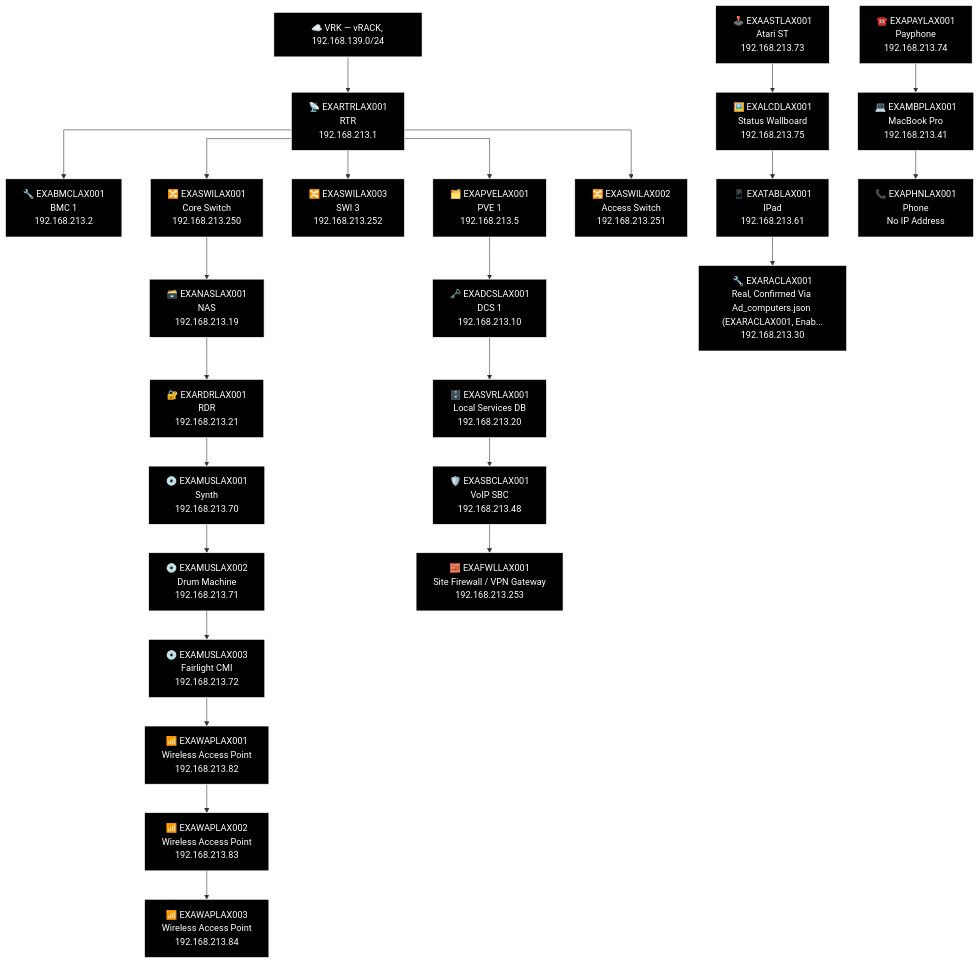
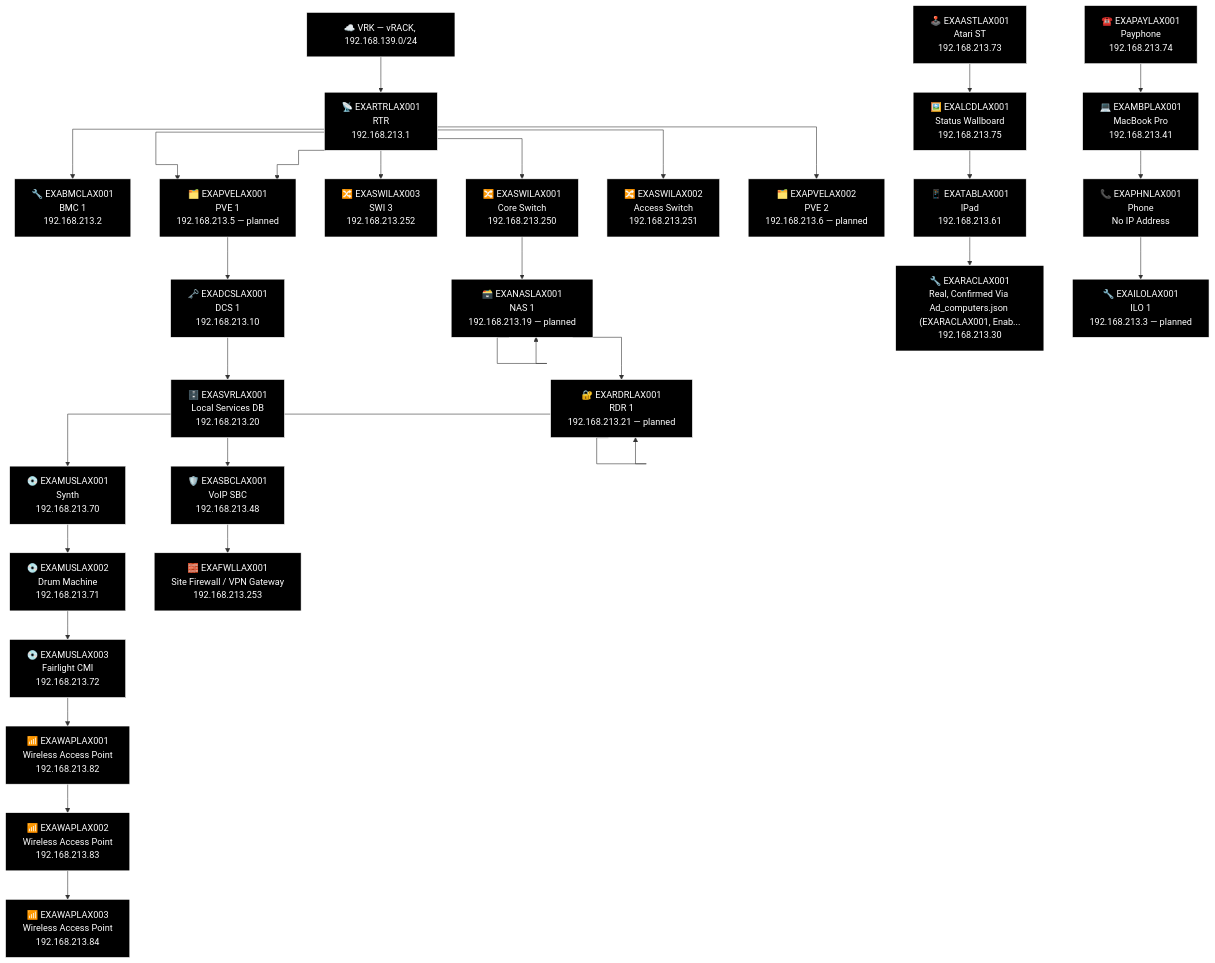
The third of 21 diagrams in docs/network-diagram/united-states.md (knightmare2600/example_music_infra), drawn with Mermaid before and after one commit. The commit also changed other lines of this file and 12 other files, not shown here.

````diff
--- a/docs/network-diagram/united-states.md
+++ b/docs/network-diagram/united-states.md
@@ -128,68 +128,80 @@
 ```mermaid
 %% GENERATED:TOPOLOGY:LAX:START
 %%{init: {'flowchart': {'curve': 'stepAfter'}}}%%
 graph TD
     T_VRK["☁️ VRK — vRACK, 192.168.139.0/24"]
     T_RTR["📡 EXARTRLAX001<br/>RTR<br/>192.168.213.1"]
     T_VRK --> T_RTR
     T_BMC["🔧 EXABMCLAX001<br/>BMC 1<br/>192.168.213.2"]
     T_RTR --> T_BMC
     T_PVE["🗂️ EXAPVELAX001<br/>PVE 1<br/>192.168.213.5"]
     T_RTR --> T_PVE
     T_SWI["🔀 EXASWILAX003<br/>SWI 3<br/>192.168.213.252"]
     T_RTR --> T_SWI
     T_SWI2["🔀 EXASWILAX001<br/>Core Switch<br/>192.168.213.250"]
     T_RTR --> T_SWI2
     T_SWI3["🔀 EXASWILAX002<br/>Access Switch<br/>192.168.213.251"]
     T_RTR --> T_SWI3
+    T_PVE["🗂️ EXAPVELAX001<br/>PVE 1<br/>192.168.213.5 — planned"]
+    T_RTR --> T_PVE
+    T_PVE2["🗂️ EXAPVELAX002<br/>PVE 2<br/>192.168.213.6 — planned"]
+    T_RTR --> T_PVE2
     T_NAS["🗃️ EXANASLAX001<br/>NAS<br/>192.168.213.19"]
+    T_NAS["🗃️ EXANASLAX001<br/>NAS 1<br/>192.168.213.19 — planned"]
     T_RDR["🔐 EXARDRLAX001<br/>RDR<br/>192.168.213.21"]
+    T_RDR["🔐 EXARDRLAX001<br/>RDR 1<br/>192.168.213.21 — planned"]
     T_MUS["💿 EXAMUSLAX001<br/>Synth<br/>192.168.213.70"]
     T_MUS2["💿 EXAMUSLAX002<br/>Drum Machine<br/>192.168.213.71"]
     T_MUS3["💿 EXAMUSLAX003<br/>Fairlight CMI<br/>192.168.213.72"]
     T_WAP["📶 EXAWAPLAX001<br/>Wireless Access Point<br/>192.168.213.82"]
     T_WAP2["📶 EXAWAPLAX002<br/>Wireless Access Point<br/>192.168.213.83"]
     T_WAP3["📶 EXAWAPLAX003<br/>Wireless Access Point<br/>192.168.213.84"]
-    T_SWI2 --> T_NAS --> T_RDR --> T_MUS --> T_MUS2 --> T_MUS3 --> T_WAP --> T_WAP2 --> T_WAP3
+    T_SWI2 --> T_NAS --> T_NAS --> T_RDR --> T_RDR --> T_MUS --> T_MUS2 --> T_MUS3 --> T_WAP --> T_WAP2 --> T_WAP3
     T_DCS["🗝️ EXADCSLAX001<br/>DCS 1<br/>192.168.213.10"]
     T_SVR["🗄️ EXASVRLAX001<br/>Local Services DB<br/>192.168.213.20"]
     T_SBC["🛡️ EXASBCLAX001<br/>VoIP SBC<br/>192.168.213.48"]
     T_FWL["🧱 EXAFWLLAX001<br/>Site Firewall / VPN Gateway<br/>192.168.213.253"]
     T_PVE --> T_DCS --> T_SVR --> T_SBC --> T_FWL
     T_AST["🕹️ EXAASTLAX001<br/>Atari ST<br/>192.168.213.73"]
     T_PAY["☎️ EXAPAYLAX001<br/>Payphone<br/>192.168.213.74"]
     T_LCD["🖼️ EXALCDLAX001<br/>Status Wallboard<br/>192.168.213.75"]
     T_MBP["💻 EXAMBPLAX001<br/>MacBook Pro<br/>192.168.213.41"]
     T_TAB["📱 EXATABLAX001<br/>IPad<br/>192.168.213.61"]
     T_PHN["📞 EXAPHNLAX001<br/>Phone<br/>No IP Address"]
     T_RAC["🔧 EXARACLAX001<br/>Real, Confirmed Via Ad_computers.json (EXARACLAX001, Enab...<br/>192.168.213.30"]
+    T_ILO["🔧 EXAILOLAX001<br/>ILO 1<br/>192.168.213.3 — planned"]
     T_AST --> T_LCD --> T_TAB --> T_RAC
-    T_PAY --> T_MBP --> T_PHN
+    T_PAY --> T_MBP --> T_PHN --> T_ILO
     style T_VRK fill:#000000,stroke:#FFFFFF,color:#FFFFFF
     style T_RTR fill:#000000,stroke:#FFFFFF,color:#FFFFFF
     style T_BMC fill:#000000,stroke:#FFFFFF,color:#FFFFFF
     style T_PVE fill:#000000,stroke:#FFFFFF,color:#FFFFFF
     style T_SWI fill:#000000,stroke:#FFFFFF,color:#FFFFFF
     style T_SWI2 fill:#000000,stroke:#FFFFFF,color:#FFFFFF
     style T_SWI3 fill:#000000,stroke:#FFFFFF,color:#FFFFFF
+    style T_PVE fill:#000000,stroke:#FFFFFF,color:#FFFFFF
+    style T_PVE2 fill:#000000,stroke:#FFFFFF,color:#FFFFFF
     style T_NAS fill:#000000,stroke:#FFFFFF,color:#FFFFFF
+    style T_NAS fill:#000000,stroke:#FFFFFF,color:#FFFFFF
+    style T_RDR fill:#000000,stroke:#FFFFFF,color:#FFFFFF
     style T_RDR fill:#000000,stroke:#FFFFFF,color:#FFFFFF
     style T_MUS fill:#000000,stroke:#FFFFFF,color:#FFFFFF
     style T_MUS2 fill:#000000,stroke:#FFFFFF,color:#FFFFFF
     style T_MUS3 fill:#000000,stroke:#FFFFFF,color:#FFFFFF
     style T_WAP fill:#000000,stroke:#FFFFFF,color:#FFFFFF
     style T_WAP2 fill:#000000,stroke:#FFFFFF,color:#FFFFFF
     style T_WAP3 fill:#000000,stroke:#FFFFFF,color:#FFFFFF
     style T_DCS fill:#000000,stroke:#FFFFFF,color:#FFFFFF
     style T_SVR fill:#000000,stroke:#FFFFFF,color:#FFFFFF
     style T_SBC fill:#000000,stroke:#FFFFFF,color:#FFFFFF
     style T_FWL fill:#000000,stroke:#FFFFFF,color:#FFFFFF
     style T_AST fill:#000000,stroke:#FFFFFF,color:#FFFFFF
     style T_PAY fill:#000000,stroke:#FFFFFF,color:#FFFFFF
     style T_LCD fill:#000000,stroke:#FFFFFF,color:#FFFFFF
     style T_MBP fill:#000000,stroke:#FFFFFF,color:#FFFFFF
     style T_TAB fill:#000000,stroke:#FFFFFF,color:#FFFFFF
     style T_PHN fill:#000000,stroke:#FFFFFF,color:#FFFFFF
     style T_RAC fill:#000000,stroke:#FFFFFF,color:#FFFFFF
+    style T_ILO fill:#000000,stroke:#FFFFFF,color:#FFFFFF
 %% GENERATED:TOPOLOGY:LAX:END
 ```
````
